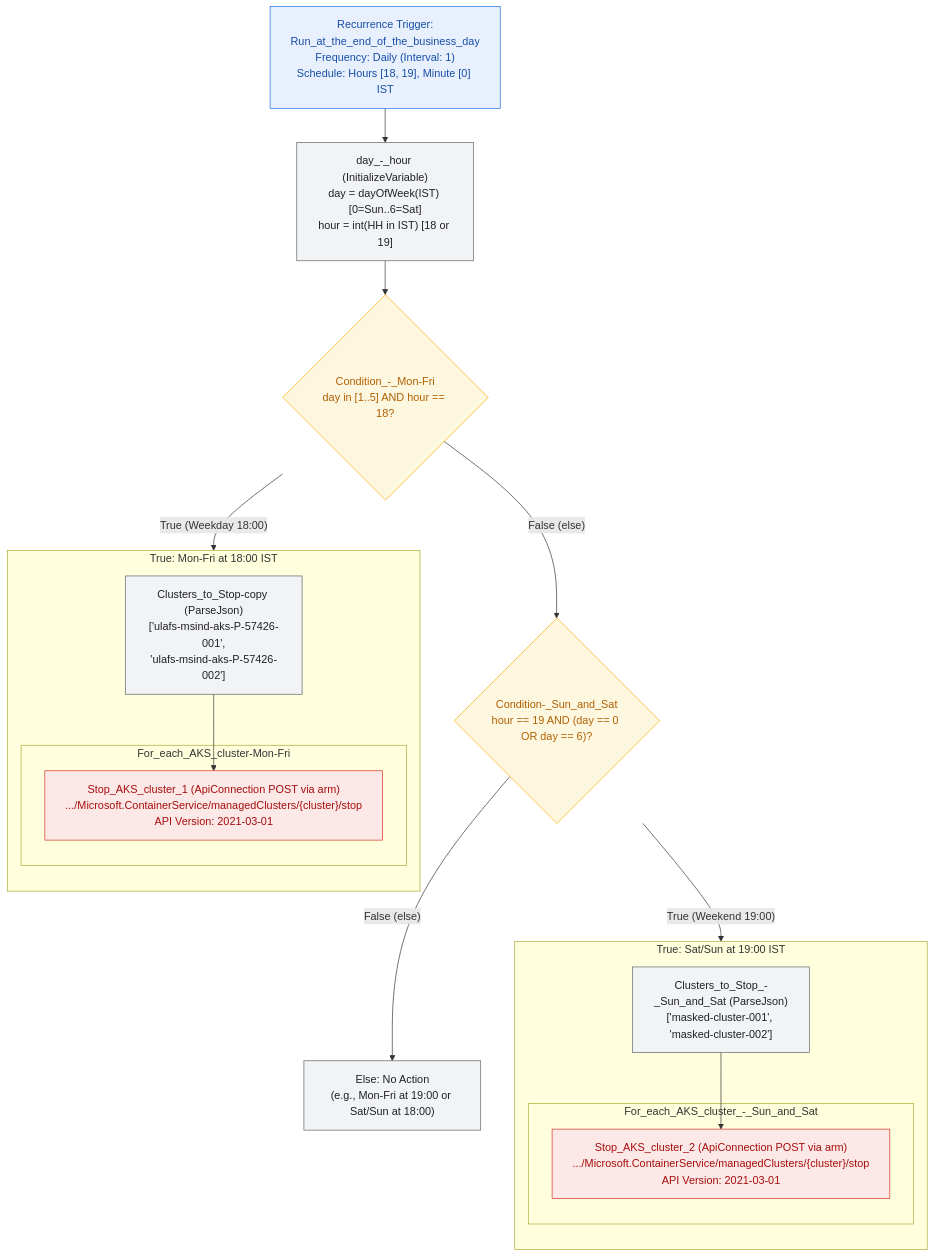
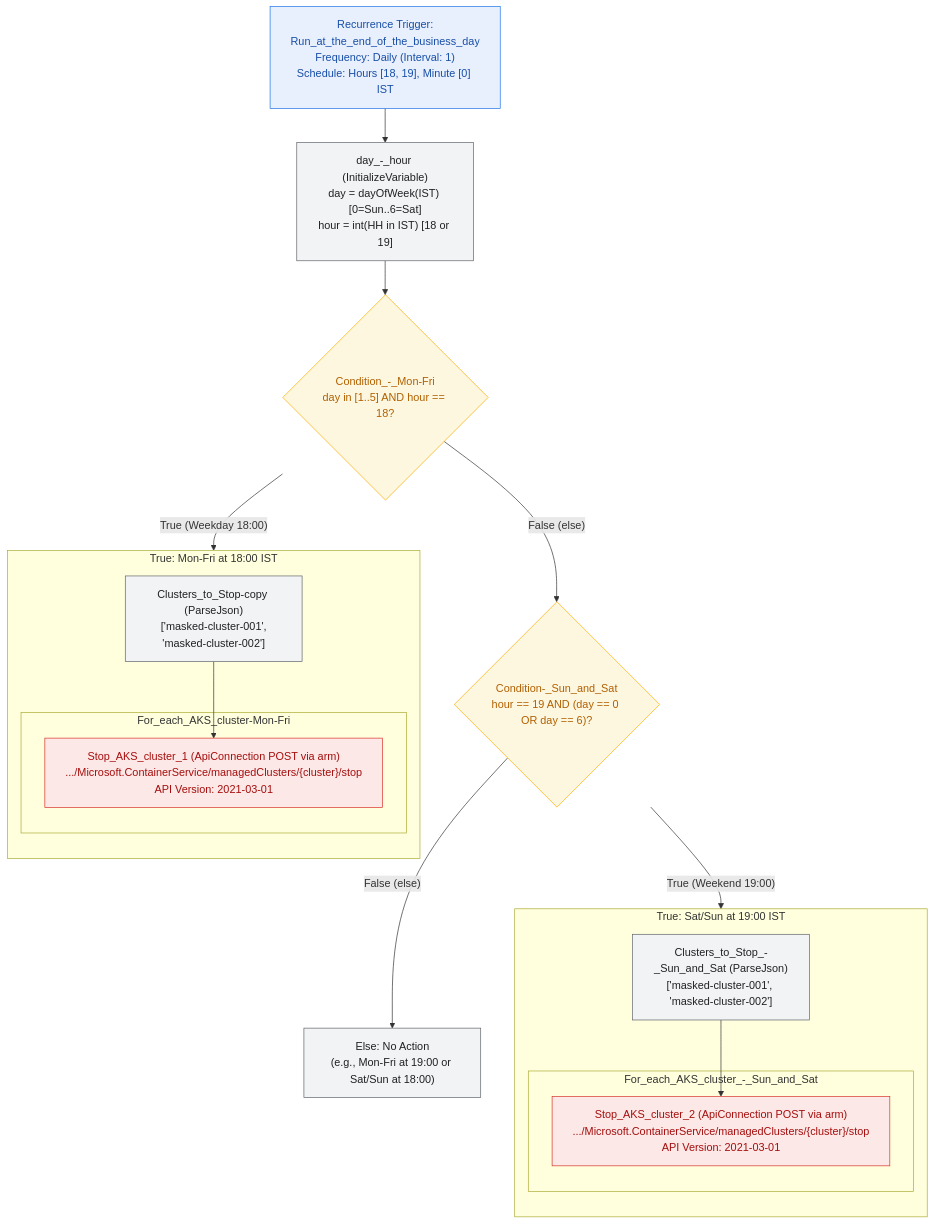
The seventh of 9 diagrams in docs/Customer_Inputs.md (jigyasujuneja/unilever-shelf-understanding-e2e), drawn with Mermaid before and after one commit. The commit also changed other lines of this file and 184 other files, not shown here.

````diff
--- a/docs/Customer_Inputs.md
+++ b/docs/Customer_Inputs.md
@@ -411,41 +411,41 @@
 ```mermaid
 flowchart TD
   classDef trigger fill:#e8f0fe,stroke:#1a73e8,color:#174ea6
   classDef step fill:#f1f3f4,stroke:#5f6368,color:#202124
   classDef cond fill:#fef7e0,stroke:#f9ab00,color:#b06000
   classDef aks fill:#fce8e6,stroke:#d93025,color:#a50e0e
 
   TRIG["Recurrence Trigger:<br/>Run_at_the_end_of_the_business_day<br/>Frequency: Daily (Interval: 1)<br/>Schedule: Hours [18, 19], Minute [0] IST"]:::trigger
 
   INIT["day_-_hour (InitializeVariable)<br/>day = dayOfWeek(IST) [0=Sun..6=Sat]<br/>hour = int(HH in IST) [18 or 19]"]:::step
 
   COND_WEEKDAY{"Condition_-_Mon-Fri<br/>day in [1..5] AND hour == 18?"}:::cond
 
   subgraph WEEKDAY_STOP["True: Mon-Fri at 18:00 IST"]
     direction TB
-    CLUSTERS_MF["Clusters_to_Stop-copy (ParseJson)<br/>['ulafs-msind-aks-P-57426-001',<br/>'ulafs-msind-aks-P-57426-002']"]:::step
+    CLUSTERS_MF["Clusters_to_Stop-copy (ParseJson)<br/>['masked-cluster-001',<br/>'masked-cluster-002']"]:::step
     subgraph FE_MF["For_each_AKS_cluster-Mon-Fri"]
       STOP_MF["Stop_AKS_cluster_1 (ApiConnection POST via arm)<br/>.../Microsoft.ContainerService/managedClusters/{cluster}/stop<br/>API Version: 2021-03-01"]:::aks
     end
     CLUSTERS_MF --> STOP_MF
   end
 
   COND_WEEKEND{"Condition-_Sun_and_Sat<br/>hour == 19 AND (day == 0 OR day == 6)?"}:::cond
 
   subgraph WEEKEND_STOP["True: Sat/Sun at 19:00 IST"]
     direction TB
     CLUSTERS_WE["Clusters_to_Stop_-_Sun_and_Sat (ParseJson)<br/>['masked-cluster-001', 'masked-cluster-002']"]:::step
     subgraph FE_WE["For_each_AKS_cluster_-_Sun_and_Sat"]
       STOP_WE["Stop_AKS_cluster_2 (ApiConnection POST via arm)<br/>.../Microsoft.ContainerService/managedClusters/{cluster}/stop<br/>API Version: 2021-03-01"]:::aks
     end
     CLUSTERS_WE --> STOP_WE
   end
 
   NOOP["Else: No Action<br/>(e.g., Mon-Fri at 19:00 or Sat/Sun at 18:00)"]:::step
 
   TRIG --> INIT --> COND_WEEKDAY
   COND_WEEKDAY -- "True (Weekday 18:00)" --> CLUSTERS_MF
   COND_WEEKDAY -- "False (else)" --> COND_WEEKEND
   COND_WEEKEND -- "True (Weekend 19:00)" --> CLUSTERS_WE
   COND_WEEKEND -- "False (else)" --> NOOP
 ```
````
